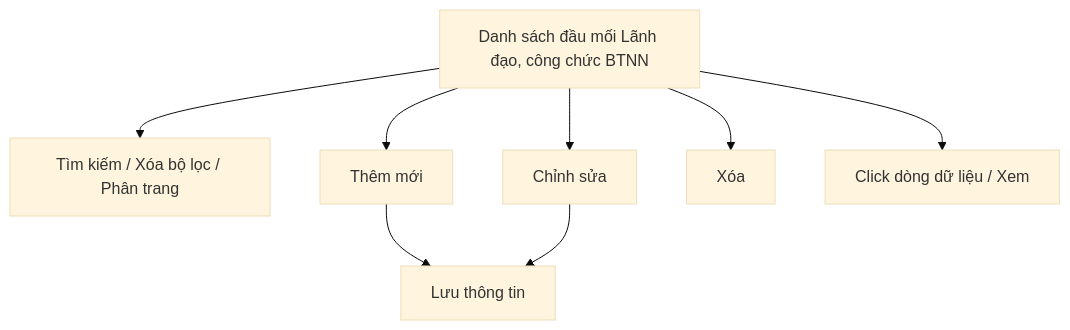
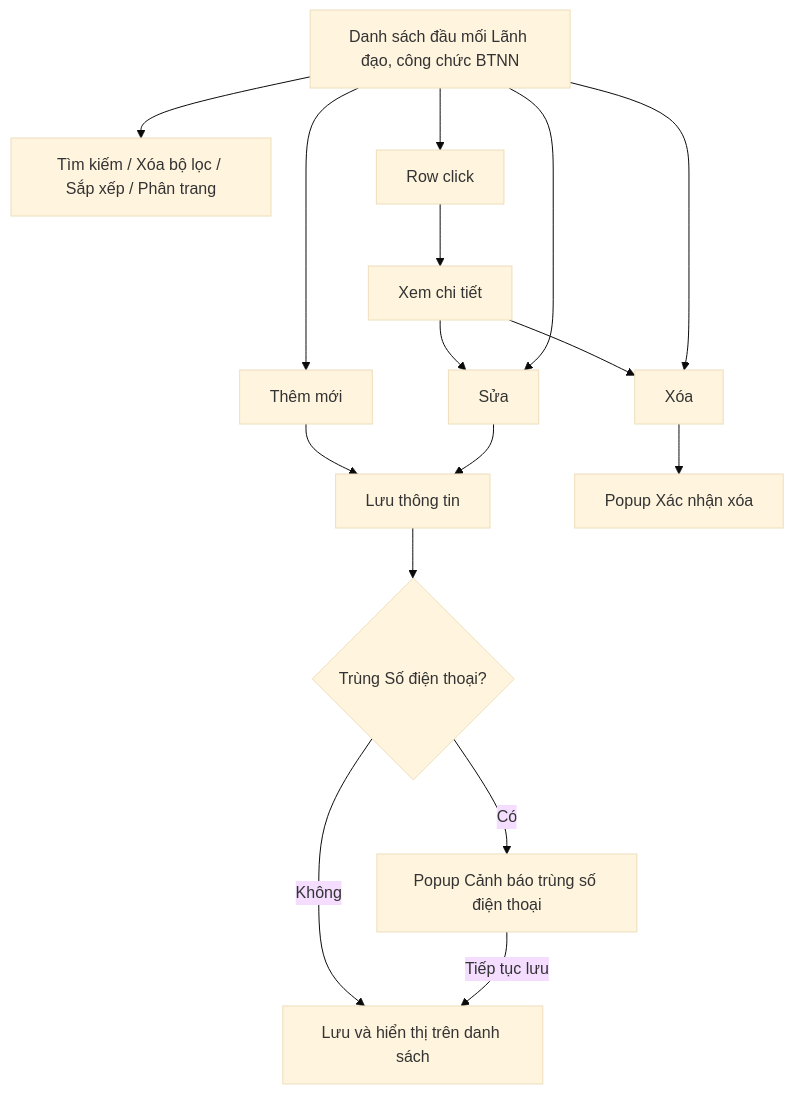
Before and after one commit to huyendt2007/BPBD_UI: the diagram in Tai lieu phan tich/03_Website_Quan_tri/03_Cong_tac_boi_thuong/SRS_BTNN_BTP_DauMoi_CanBo.md, drawn with Mermaid (base theme). The commit also changed other lines of this file and 135 other files, not shown here.

````diff
--- a/Tai lieu phan tich/03_Website_Quan_tri/03_Cong_tac_boi_thuong/SRS_BTNN_BTP_DauMoi_CanBo.md
+++ b/Tai lieu phan tich/03_Website_Quan_tri/03_Cong_tac_boi_thuong/SRS_BTNN_BTP_DauMoi_CanBo.md
@@ -25,10 +29,14 @@
 ```mermaid
 flowchart TD
-    A[Danh sách đầu mối Lãnh đạo, công chức BTNN] --> B[Tìm kiếm / Xóa bộ lọc / Phân trang]
-    A --> C[Thêm mới]
-    C --> D[Lưu thông tin]
-    A --> E[Chỉnh sửa]
-    E --> D
-    A --> F[Xóa]
-    A --> G[Click dòng dữ liệu / Xem]
+    A[Danh sách đầu mối Lãnh đạo, công chức BTNN] --> B[Tìm kiếm / Xóa bộ lọc / Sắp xếp / Phân trang]
+    A --> G[Row click] --> K[Xem chi tiết]
+    K --> E
+    K --> F
+    A --> C[Thêm mới] --> D[Lưu thông tin]
+    A --> E[Sửa] --> D
+    D --> W{Trùng Số điện thoại?}
+    W -->|Có| P[Popup Cảnh báo trùng số điện thoại]
+    W -->|Không| S[Lưu và hiển thị trên danh sách]
+    P -->|Tiếp tục lưu| S
+    A --> F[Xóa] --> X[Popup Xác nhận xóa]
 ```
````
